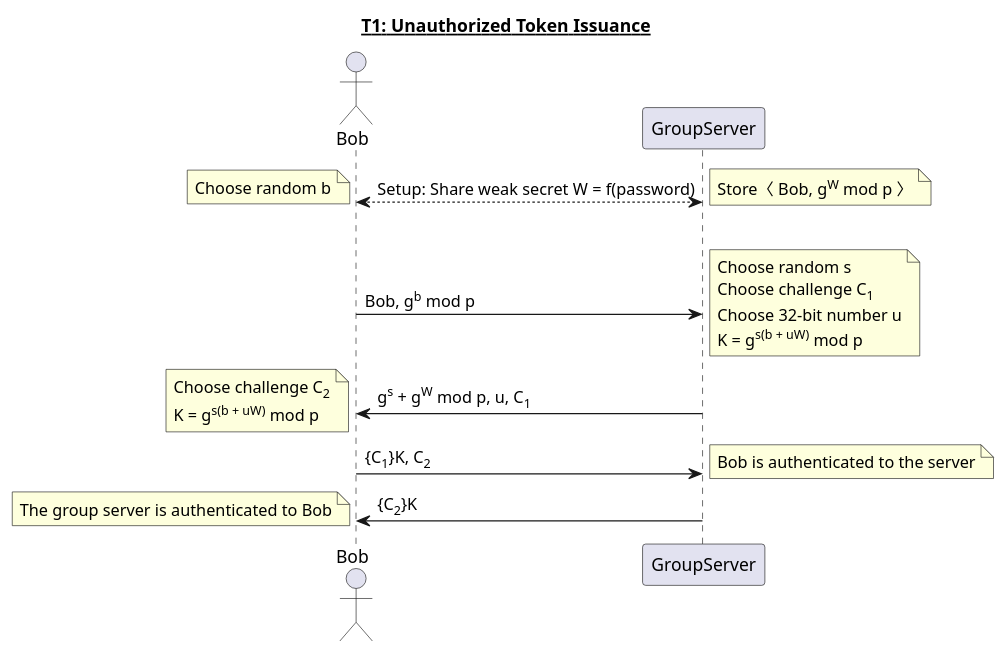
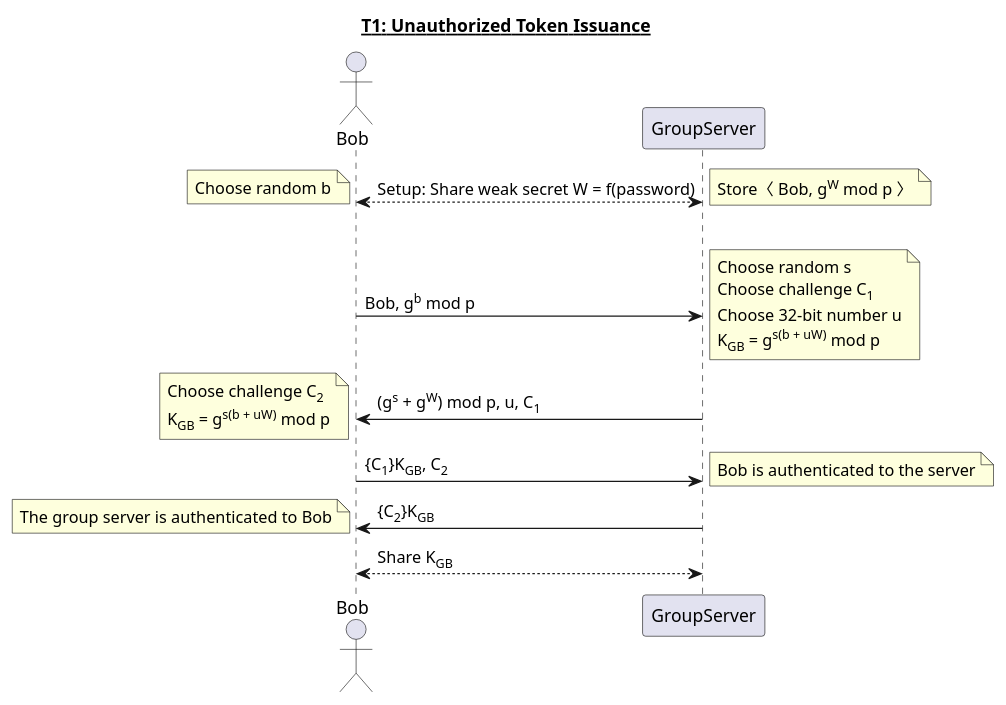
The diagram in reports/img/T1.puml (jondyer/cs1653-2017fa-jbd29-mar257-zds14), drawn with PlantUML before and after one commit. The commit also changed 3 other files, not shown here.

Commit message:
Updated sequence diagrams

```diff
--- a/reports/img/T1.puml
+++ b/reports/img/T1.puml
@@ -1,26 +1,27 @@
 @startuml
 title __T1: Unauthorized Token Issuance__
 actor Bob
 
 Bob <--> GroupServer: Setup: Share weak secret W = f(password)
 note right: Store〈 Bob, g<sup>W</sup> mod p 〉
 |||
 note left: Choose random b
 Bob -> GroupServer: Bob, g<sup>b</sup> mod p 
 note right
 	Choose random s
 	Choose challenge C<sub>1</sub>
 	Choose 32-bit number u
-	K = g<sup>s(b + uW)</sup> mod p
+	K<sub>GB</sub> = g<sup>s(b + uW)</sup> mod p
 end note
 
-GroupServer -> Bob: g<sup>s</sup> + g<sup>W</sup> mod p, u, C<sub>1</sub>
+GroupServer -> Bob: (g<sup>s</sup> + g<sup>W</sup>) mod p, u, C<sub>1</sub>
 note left
 	Choose challenge C<sub>2</sub>
-	K = g<sup>s(b + uW)</sup> mod p
+	K<sub>GB</sub> = g<sup>s(b + uW)</sup> mod p
 end note
-Bob -> GroupServer: {C<sub>1</sub>}K, C<sub>2</sub>
+Bob -> GroupServer: {C<sub>1</sub>}K<sub>GB</sub>, C<sub>2</sub>
 note right: Bob is authenticated to the server
-GroupServer -> Bob: {C<sub>2</sub>}K
+GroupServer -> Bob: {C<sub>2</sub>}K<sub>GB</sub>
 note left: The group server is authenticated to Bob
+Bob <--> GroupServer: Share K<sub>GB</sub>
 @enduml
```
